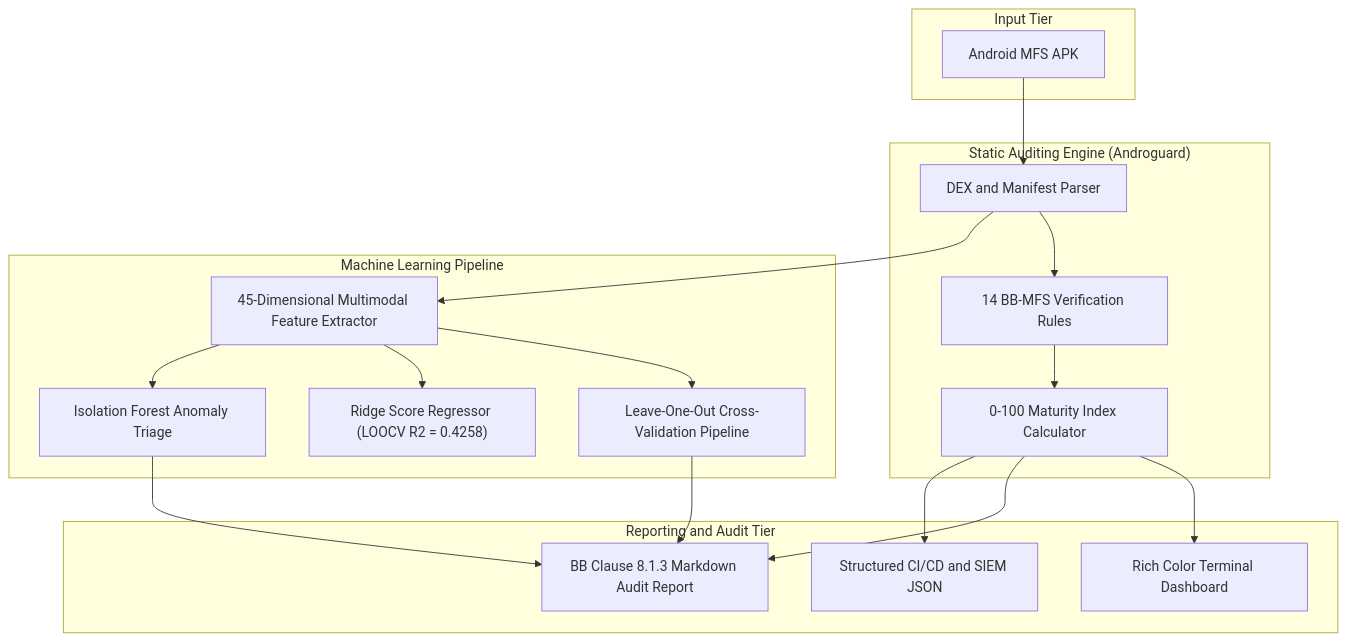
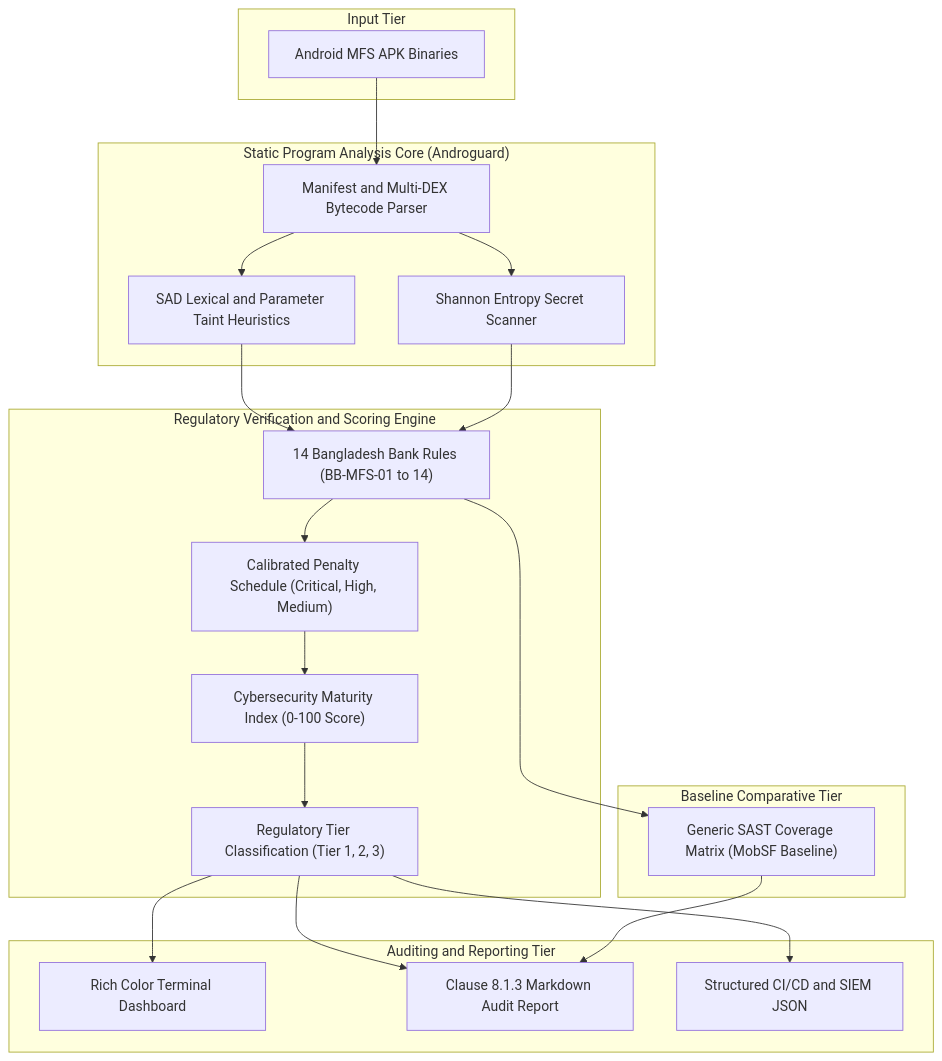
Before and after one commit to kh0kamoni/FinSec: the diagram in README.md, drawn with Mermaid. The commit also changed other lines of this file, not shown here.

Commit message:
Align README architecture and flowchart with paper by replacing ML with Regulatory Verification Engine

````diff
--- a/README.md
+++ b/README.md
@@ -21,38 +21,43 @@
 ```mermaid
 flowchart TD
     subgraph Input["Input Tier"]
-        APK["Android MFS APK"]
+        APK["Android MFS APK Binaries"]
     end
 
-    subgraph StaticCore["Static Auditing Engine (Androguard)"]
-        Parser["DEX and Manifest Parser"]
-        Rules["14 BB-MFS Verification Rules"]
-        ScoreCalc["0-100 Maturity Index Calculator"]
+    subgraph StaticCore["Static Program Analysis Core (Androguard)"]
+        Parser["Manifest and Multi-DEX Bytecode Parser"]
+        Taint["SAD Lexical and Parameter Taint Heuristics"]
+        Entropy["Shannon Entropy Secret Scanner"]
     end
 
-    subgraph MLPipeline["Machine Learning Pipeline"]
-        FE["45-Dimensional Multimodal Feature Extractor"]
-        LOOCV["Leave-One-Out Cross-Validation Pipeline"]
-        Regressor["Ridge Score Regressor (LOOCV R2 = 0.4258)"]
-        Anomaly["Isolation Forest Anomaly Triage"]
+    subgraph RegEngine["Regulatory Verification and Scoring Engine"]
+        Rules["14 Bangladesh Bank Rules (BB-MFS-01 to 14)"]
+        Penalty["Calibrated Penalty Schedule (Critical, High, Medium)"]
+        CMI["Cybersecurity Maturity Index (0-100 Score)"]
+        Tiers["Regulatory Tier Classification (Tier 1, 2, 3)"]
     end
 
-    subgraph Reporting["Reporting and Audit Tier"]
+    subgraph Baseline["Baseline Comparative Tier"]
+        MobSF["Generic SAST Coverage Matrix (MobSF Baseline)"]
+    end
+
+    subgraph Reporting["Auditing and Reporting Tier"]
         Console["Rich Color Terminal Dashboard"]
-        Markdown["BB Clause 8.1.3 Markdown Audit Report"]
+        Markdown["Clause 8.1.3 Markdown Audit Report"]
         JSON["Structured CI/CD and SIEM JSON"]
     end
 
     APK --> Parser
-    Parser --> Rules
-    Parser --> FE
-    Rules --> ScoreCalc
-    FE --> LOOCV
-    FE --> Regressor
-    FE --> Anomaly
-    ScoreCalc --> Console
-    ScoreCalc --> Markdown
-    ScoreCalc --> JSON
-    LOOCV --> Markdown
-    Anomaly --> Markdown
+    Parser --> Taint
+    Parser --> Entropy
+    Taint --> Rules
+    Entropy --> Rules
+    Rules --> Penalty
+    Penalty --> CMI
+    CMI --> Tiers
+    Rules --> MobSF
+    Tiers --> Console
+    Tiers --> Markdown
+    Tiers --> JSON
+    MobSF --> Markdown
 ```
````
